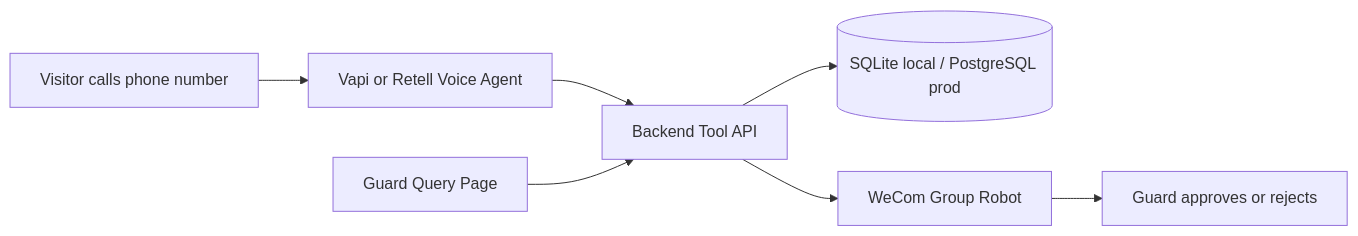
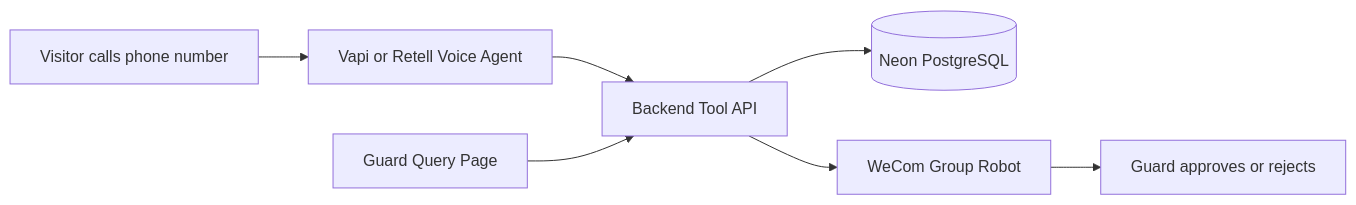
One commit to xur-2002/voice-agent changed the diagram in README.md. Above: the diagram before and after it, drawn with Mermaid. The commit also changed other lines of this file and 12 other files, not shown here.

````diff
--- a/README.md
+++ b/README.md
@@ -5,9 +5,9 @@
 ```mermaid
 flowchart LR
   A[Visitor calls phone number] --> B[Vapi or Retell Voice Agent]
   B --> C[Backend Tool API]
-  C --> D[(SQLite local / PostgreSQL prod)]
+  C --> D[(Neon PostgreSQL)]
   C --> E[WeCom Group Robot]
   E --> F[Guard approves or rejects]
   G[Guard Query Page] --> C
 ```
````
